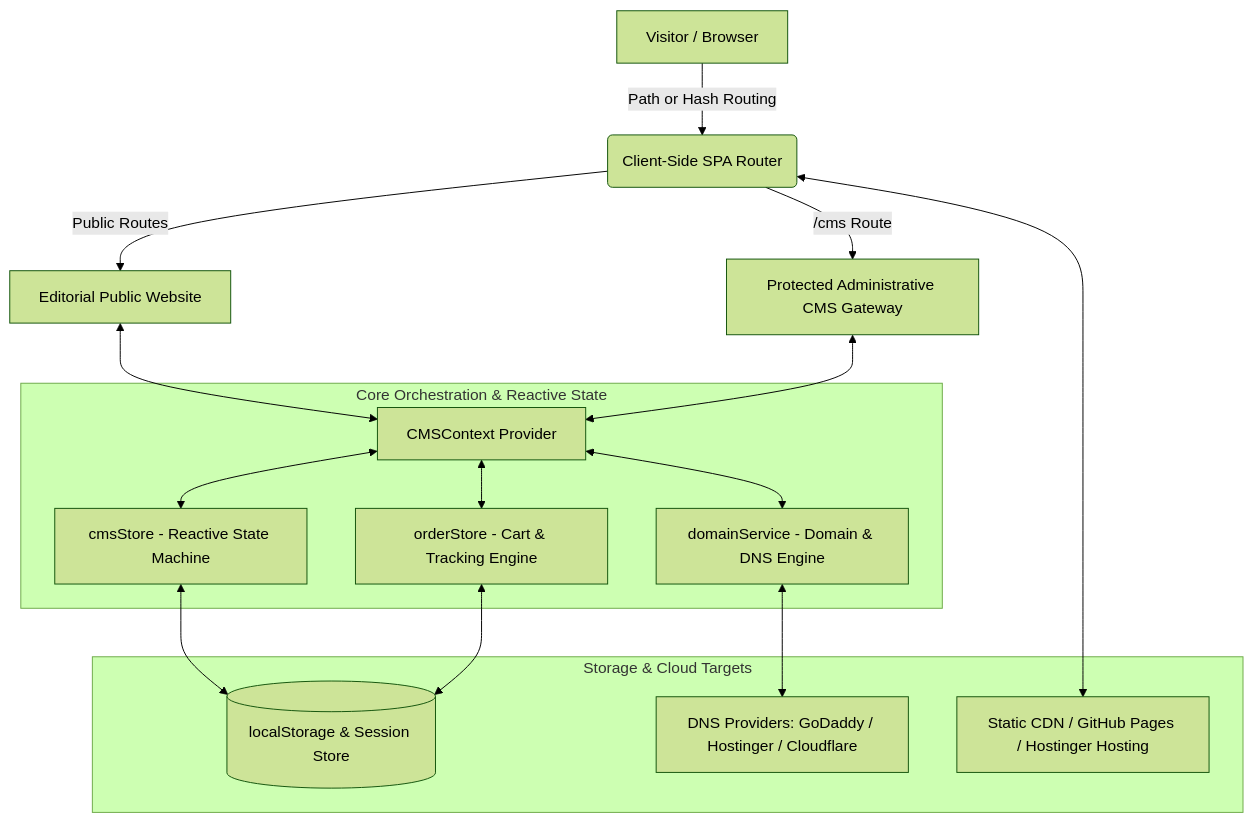
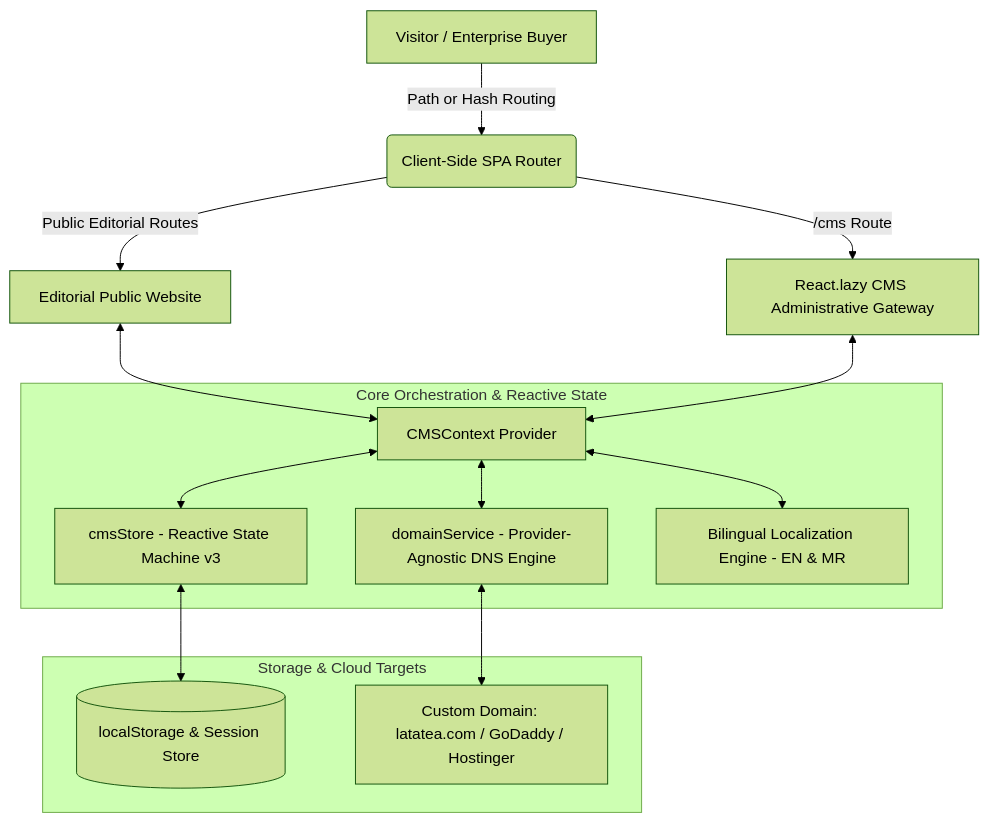
Before and after one commit to PTejasKr/LataTea: the diagram in README.md, drawn with Mermaid (forest theme). The commit also changed other lines of this file and 56 other files, not shown here.

Commit message:
feat: complete master redesign into editorial story-driven website and bilingual CMS

````diff
--- a/README.md
+++ b/README.md
@@ -30,30 +29,27 @@
 ```mermaid
 graph TD
-    A[Visitor / Browser] -->|Path or Hash Routing| B(Client-Side SPA Router)
-    B -->|Public Routes| C[Editorial Public Website]
-    B -->|/cms Route| D[Protected Administrative CMS Gateway]
+    A[Visitor / Enterprise Buyer] -->|Path or Hash Routing| B(Client-Side SPA Router)
+    B -->|Public Editorial Routes| C[Editorial Public Website]
+    B -->|/cms Route| D[React.lazy CMS Administrative Gateway]
     
     subgraph "Core Orchestration & Reactive State"
         E[CMSContext Provider]
-        F[cmsStore - Reactive State Machine]
-        G[orderStore - Cart & Tracking Engine]
-        H[domainService - Domain & DNS Engine]
+        F[cmsStore - Reactive State Machine v3]
+        G[domainService - Provider-Agnostic DNS Engine]
+        H[Bilingual Localization Engine - EN & MR]
     end
     
     C <--> E
     D <--> E
     E <--> F
     E <--> G
     E <--> H
     
     subgraph "Storage & Cloud Targets"
         I[(localStorage & Session Store)]
-        J[DNS Providers: GoDaddy / Hostinger / Cloudflare]
-        K[Static CDN / GitHub Pages / Hostinger Hosting]
+        J[Custom Domain: latatea.com / GoDaddy / Hostinger]
     end
     
     F <--> I
-    G <--> I
-    H <--> J
-    B <--> K
+    G <--> J
 ```
````
